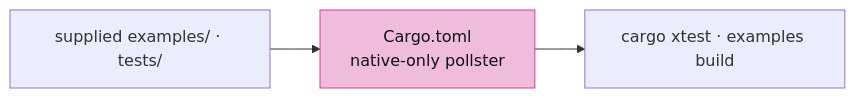
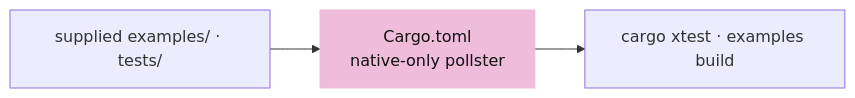
The second of 3 diagrams in session_viewer/docs/16-accounting.md (petrasvestartas/session), drawn with Mermaid before and after one commit. The commit also changed other lines of this file and 324 other files, not shown here.

````diff
--- a/session_viewer/docs/16-accounting.md
+++ b/session_viewer/docs/16-accounting.md
@@ -31,6 +31,6 @@
 ```mermaid
 flowchart LR
     S["supplied examples/ · tests/"] --> C["Cargo.toml<br/>native-only pollster"]
     C --> N["cargo xtest · examples build"]
-    style C fill:#f0bcdb,stroke:#ce4095,color:#111
+    style C fill:#f0bcdb,stroke:#f0bcdb,color:#111
 ```
````
